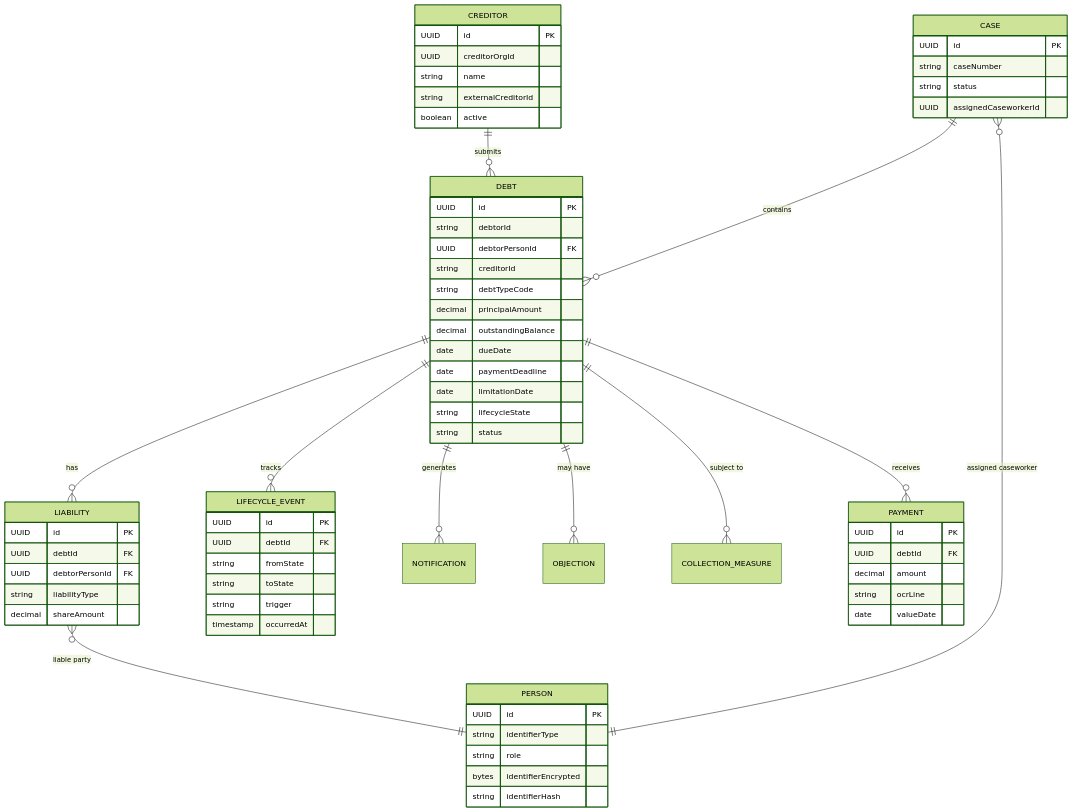
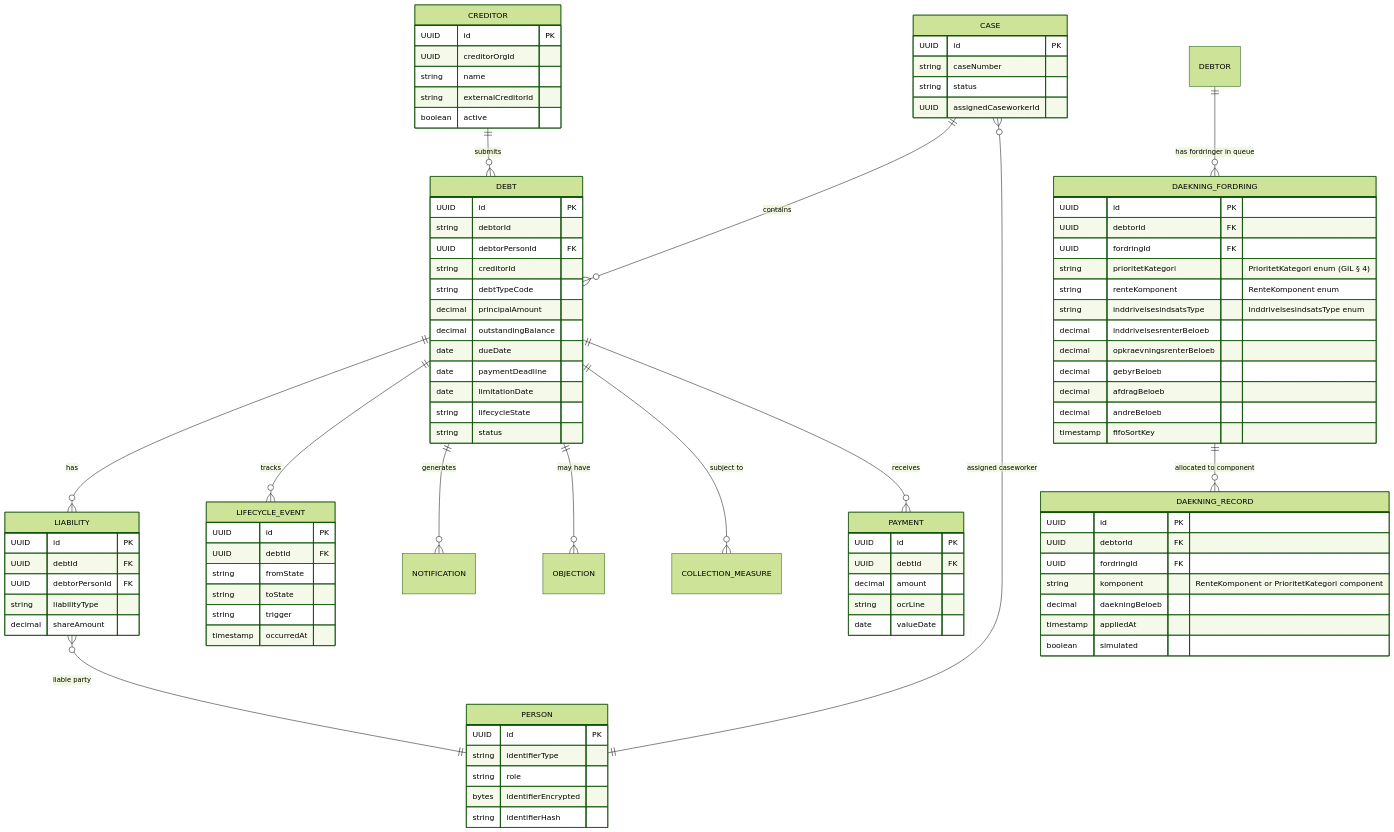
The first of 2 diagrams in docs/site/technical/domain-model.md (mfhens/opendebt), drawn with Mermaid (forest theme) before and after one commit. The commit also changed other lines of this file and 34 other files, not shown here.

````diff
--- a/docs/site/technical/domain-model.md
+++ b/docs/site/technical/domain-model.md
@@ -57,6 +61,8 @@
     DEBT ||--o{ PAYMENT : "receives"
     CASE ||--o{ DEBT : "contains"
     CASE }o--|| PERSON : "assigned caseworker"
+    DEBTOR ||--o{ DAEKNING_FORDRING : "has fordringer in queue"
+    DAEKNING_FORDRING ||--o{ DAEKNING_RECORD : "allocated to component"
 
     CREDITOR {
         UUID id PK
@@ -120,4 +126,29 @@
         string ocrLine
         date valueDate
     }
+
+    DAEKNING_FORDRING {
+        UUID id PK
+        UUID debtorId FK
+        UUID fordringId FK
+        string prioritetKategori "PrioritetKategori enum (GIL § 4)"
+        string renteKomponent "RenteKomponent enum"
+        string inddrivelsesindsatsType "InddrivelsesindsatsType enum"
+        decimal inddrivelsesrenterBeloeb
+        decimal opkraevningsrenterBeloeb
+        decimal gebyrBeloeb
+        decimal afdragBeloeb
+        decimal andreBeloeb
+        timestamp fifoSortKey
+    }
+
+    DAEKNING_RECORD {
+        UUID id PK
+        UUID debtorId FK
+        UUID fordringId FK
+        string komponent "RenteKomponent or PrioritetKategori component"
+        decimal daekningBeloeb
+        timestamp appliedAt
+        boolean simulated
+    }
 ```
````
